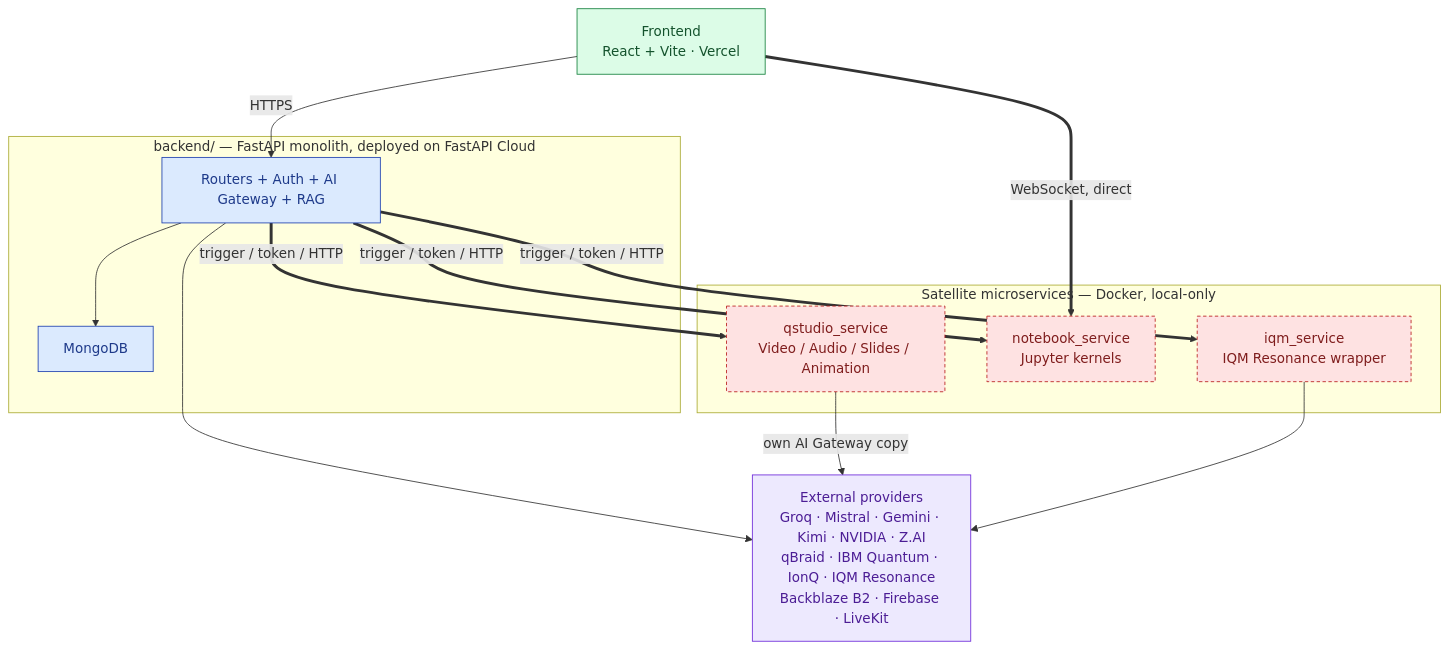
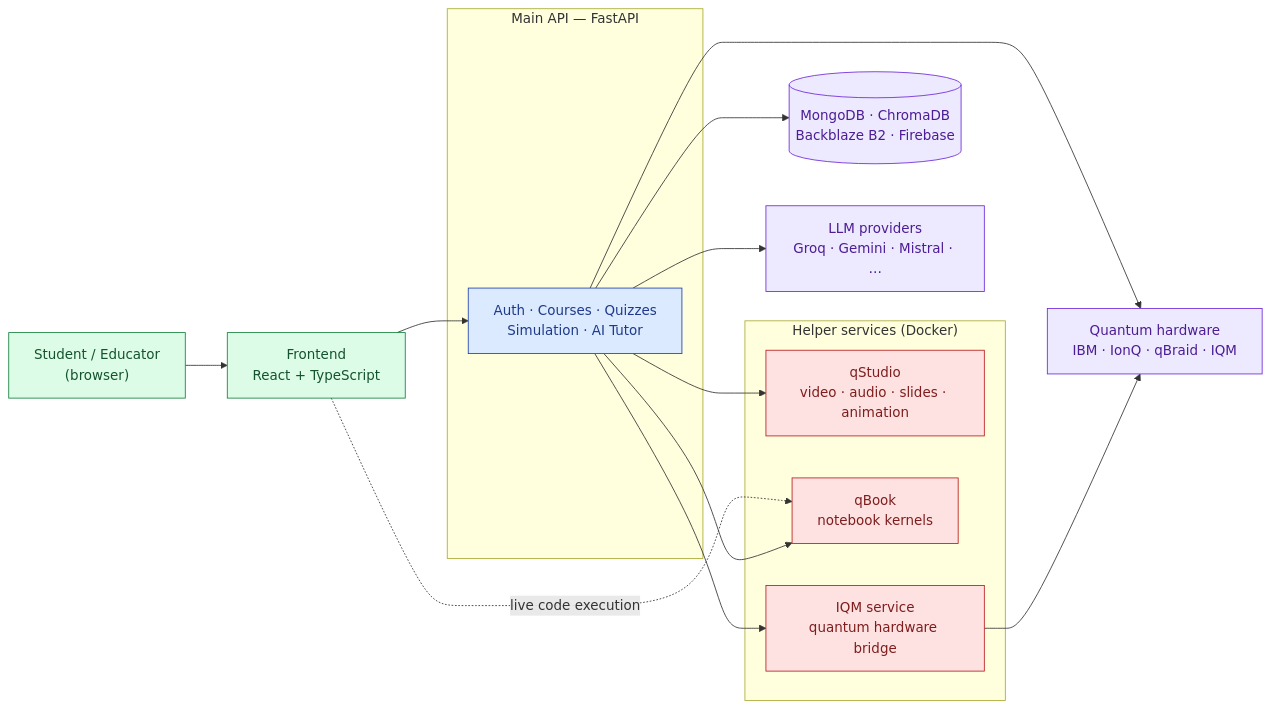
One commit to sarvan-2187/sih changed the first of 7 diagrams in README.md. Above: the diagram before and after it, drawn with Mermaid. The commit also changed other lines of this file and 1 other file, not shown here.

````diff
--- a/README.md
+++ b/README.md
@@ -71,32 +61,32 @@
 ```mermaid
-flowchart TB
-    classDef frontend fill:#dcfce7,stroke:#15803d,color:#14532d
-    classDef api fill:#dbeafe,stroke:#1e40af,color:#1e3a8a
-    classDef local fill:#fee2e2,stroke:#b91c1c,color:#7f1d1d,stroke-dasharray: 4 3
-    classDef external fill:#ede9fe,stroke:#6d28d9,color:#4c1d95
+flowchart LR
+    classDef user fill:#dcfce7,stroke:#15803d,color:#14532d
+    classDef core fill:#dbeafe,stroke:#1e40af,color:#1e3a8a
+    classDef svc fill:#fee2e2,stroke:#b91c1c,color:#7f1d1d
+    classDef ext fill:#ede9fe,stroke:#6d28d9,color:#4c1d95
 
-    FE["Frontend<br/>React + Vite · Vercel"]:::frontend
+    U["Student / Educator<br/>(browser)"]:::user
+    FE["Frontend<br/>React + TypeScript"]:::user
 
-    subgraph CORE["backend/ — FastAPI monolith, deployed on FastAPI Cloud"]
-        API["Routers + Auth + AI Gateway + RAG"]:::api
-        MONGO["MongoDB"]:::api
+    subgraph BE["Main API — FastAPI"]
+        API["Auth · Courses · Quizzes<br/>Simulation · AI Tutor"]:::core
     end
 
-    subgraph SATELLITES["Satellite microservices — Docker, local-only"]
-        QSS["qstudio_service<br/>Video / Audio / Slides / Animation"]:::local
-        NBS["notebook_service<br/>Jupyter kernels"]:::local
-        IQMS["iqm_service<br/>IQM Resonance wrapper"]:::local
+    subgraph MS["Helper services (Docker)"]
+        QS["qStudio<br/>video · audio · slides · animation"]:::svc
+        NB["qBook<br/>notebook kernels"]:::svc
+        IQ["IQM service<br/>quantum hardware bridge"]:::svc
     end
 
-    PROVIDERS["External providers<br/>Groq · Mistral · Gemini · Kimi · NVIDIA · Z.AI<br/>qBraid · IBM Quantum · IonQ · IQM Resonance<br/>Backblaze B2 · Firebase · LiveKit"]:::external
+    DATA[("MongoDB · ChromaDB<br/>Backblaze B2 · Firebase")]:::ext
+    AI["LLM providers<br/>Groq · Gemini · Mistral · …"]:::ext
+    QPU["Quantum hardware<br/>IBM · IonQ · qBraid · IQM"]:::ext
 
-    FE -->|"HTTPS"| API
-    FE ==>|"WebSocket, direct"| NBS
-    API --> MONGO
-    API ==>|"trigger / token / HTTP"| QSS
-    API ==>|"trigger / token / HTTP"| NBS
-    API ==>|"trigger / token / HTTP"| IQMS
-    API --> PROVIDERS
-    QSS -->|"own AI Gateway copy"| PROVIDERS
-    IQMS --> PROVIDERS
+    U --> FE --> API
+    FE -. "live code execution" .-> NB
+    API --> QS & NB & IQ
+    API --> DATA
+    API --> AI
+    API --> QPU
+    IQ --> QPU
 ```
````
